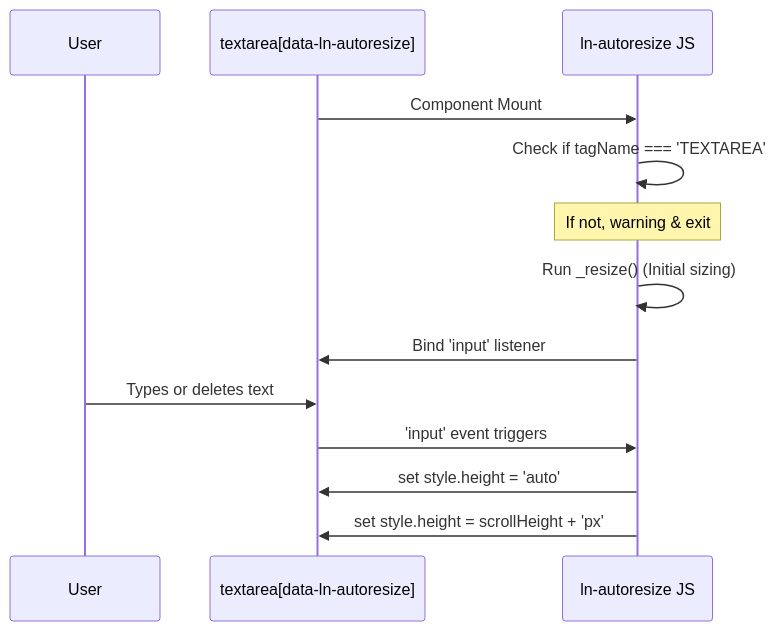
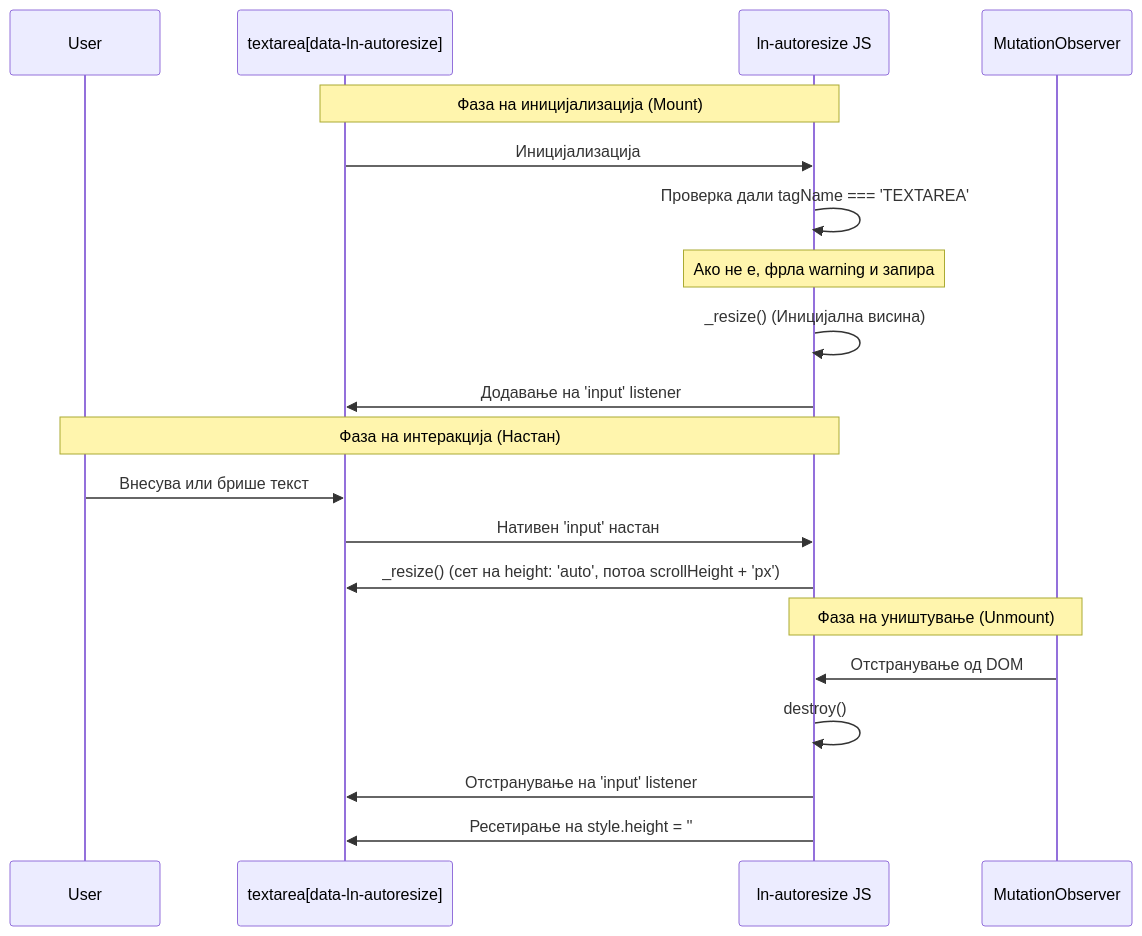
The diagram in architecture_docs_draft/components/ln-autoresize.md (livenetworks/ln-ashlar), drawn with Mermaid before and after one commit. The commit also changed other lines of this file and 62 other files, not shown here.

````diff
--- a/architecture_docs_draft/components/ln-autoresize.md
+++ b/architecture_docs_draft/components/ln-autoresize.md
@@ -66,18 +99,25 @@
 ```mermaid
 sequenceDiagram
     participant User
     participant Textarea as textarea[data-ln-autoresize]
     participant Component as ln-autoresize JS
+    participant MutationObserver
 
-    Textarea->>Component: Component Mount
-    Component->>Component: Check if tagName === 'TEXTAREA'
-    Note over Component: If not, warning & exit
-    
-    Component->>Component: Run _resize() (Initial sizing)
-    Component->>Textarea: Bind 'input' listener
-    
-    User->>Textarea: Types or deletes text
-    Textarea->>Component: 'input' event triggers
-    Component->>Textarea: set style.height = 'auto'
-    Component->>Textarea: set style.height = scrollHeight + 'px'
+    Note over Textarea, Component: Фаза на иницијализација (Mount)
+    Textarea->>Component: Иницијализација
+    Component->>Component: Проверка дали tagName === 'TEXTAREA'
+    Note over Component: Ако не е, фрла warning и запира
+    Component->>Component: _resize() (Иницијална висина)
+    Component->>Textarea: Додавање на 'input' listener
+
+    Note over User, Component: Фаза на интеракција (Настан)
+    User->>Textarea: Внесува или брише текст
+    Textarea->>Component: Нативен 'input' настан
+    Component->>Textarea: _resize() (сет на height: 'auto', потоа scrollHeight + 'px')
+
+    Note over MutationObserver, Component: Фаза на уништување (Unmount)
+    MutationObserver->>Component: Отстранување од DOM
+    Component->>Component: destroy()
+    Component->>Textarea: Отстранување на 'input' listener
+    Component->>Textarea: Ресетирање на style.height = ''
 ```
````
